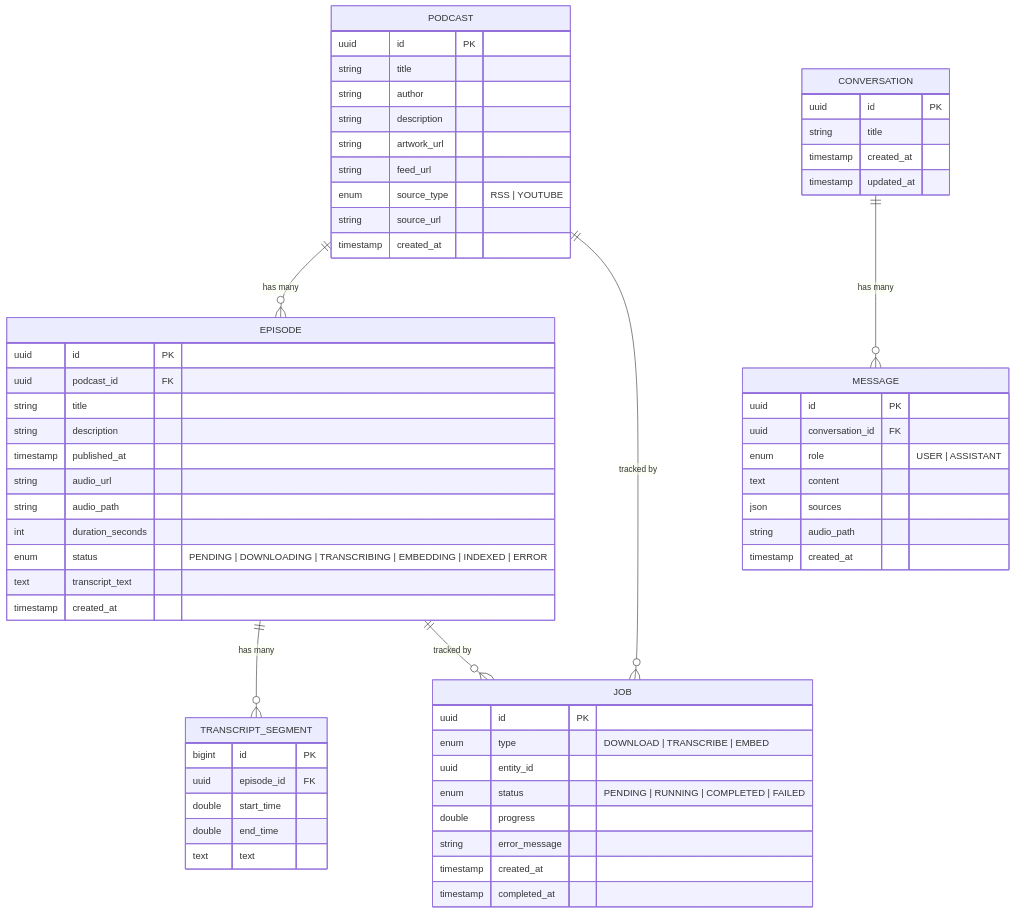
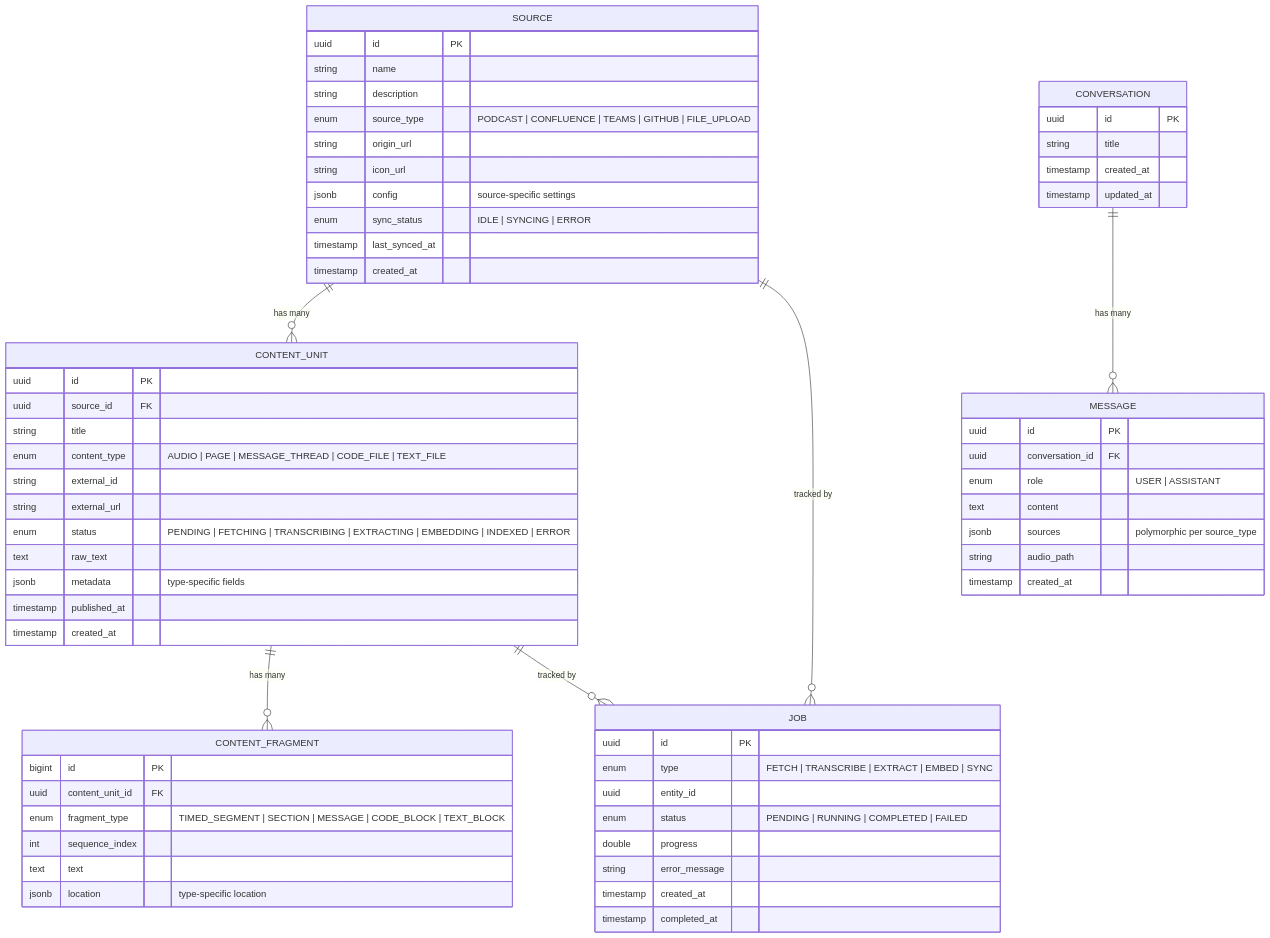
One commit to jsohi/localloom changed the sixth of 8 diagrams in docs/DIAGRAMS.md. Above: the diagram before and after it, drawn with Mermaid. The commit also changed other lines of this file and 2 other files, not shown here.

First line of the commit message:
Generalize LocalLoom to multi-source knowledge base

````diff
--- a/docs/DIAGRAMS.md
+++ b/docs/DIAGRAMS.md
@@ -205,70 +248,72 @@
 ```mermaid
 erDiagram
-    PODCAST ||--o{ EPISODE : "has many"
-    EPISODE ||--o{ TRANSCRIPT_SEGMENT : "has many"
+    SOURCE ||--o{ CONTENT_UNIT : "has many"
+    CONTENT_UNIT ||--o{ CONTENT_FRAGMENT : "has many"
     CONVERSATION ||--o{ MESSAGE : "has many"
-    EPISODE ||--o{ JOB : "tracked by"
-    PODCAST ||--o{ JOB : "tracked by"
+    CONTENT_UNIT ||--o{ JOB : "tracked by"
+    SOURCE ||--o{ JOB : "tracked by"
 
-    PODCAST {
+    SOURCE {
         uuid id PK
-        string title
-        string author
+        string name
         string description
-        string artwork_url
-        string feed_url
-        enum source_type "RSS | YOUTUBE"
-        string source_url
+        enum source_type "PODCAST | CONFLUENCE | TEAMS | GITHUB | FILE_UPLOAD"
+        string origin_url
+        string icon_url
+        jsonb config "source-specific settings"
+        enum sync_status "IDLE | SYNCING | ERROR"
+        timestamp last_synced_at
         timestamp created_at
     }
 
-    EPISODE {
+    CONTENT_UNIT {
         uuid id PK
-        uuid podcast_id FK
+        uuid source_id FK
         string title
-        string description
+        enum content_type "AUDIO | PAGE | MESSAGE_THREAD | CODE_FILE | TEXT_FILE"
+        string external_id
+        string external_url
+        enum status "PENDING | FETCHING | TRANSCRIBING | EXTRACTING | EMBEDDING | INDEXED | ERROR"
+        text raw_text
+        jsonb metadata "type-specific fields"
         timestamp published_at
-        string audio_url
-        string audio_path
-        int duration_seconds
-        enum status "PENDING | DOWNLOADING | TRANSCRIBING | EMBEDDING | INDEXED | ERROR"
-        text transcript_text
         timestamp created_at
     }
 
-    TRANSCRIPT_SEGMENT {
+    CONTENT_FRAGMENT {
         bigint id PK
-        uuid episode_id FK
-        double start_time
-        double end_time
+        uuid content_unit_id FK
+        enum fragment_type "TIMED_SEGMENT | SECTION | MESSAGE | CODE_BLOCK | TEXT_BLOCK"
+        int sequence_index
         text text
+        jsonb location "type-specific location"
     }
 
     CONVERSATION {
         uuid id PK
         string title
         timestamp created_at
         timestamp updated_at
     }
 
     MESSAGE {
         uuid id PK
         uuid conversation_id FK
         enum role "USER | ASSISTANT"
         text content
-        json sources
+        jsonb sources "polymorphic per source_type"
         string audio_path
         timestamp created_at
     }
 
     JOB {
         uuid id PK
-        enum type "DOWNLOAD | TRANSCRIBE | EMBED"
+        enum type "FETCH | TRANSCRIBE | EXTRACT | EMBED | SYNC"
         uuid entity_id
         enum status "PENDING | RUNNING | COMPLETED | FAILED"
         double progress
         string error_message
         timestamp created_at
         timestamp completed_at
     }
 ```
````
